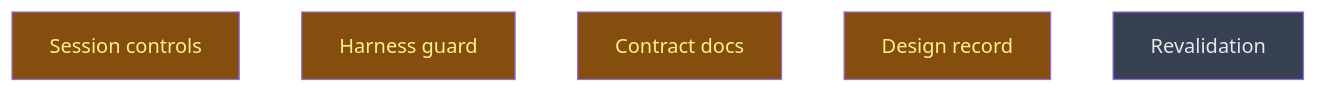
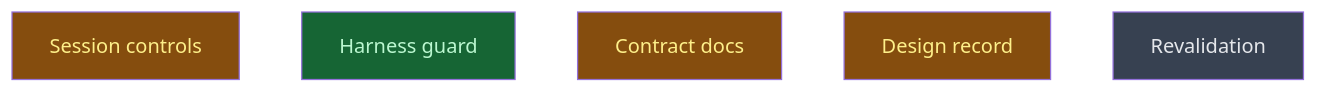
One commit to CrackingShells/Candler changed the diagram in __roadmap__/m4-session-runner/traits/core/runs/closeout/README.md. Above: the diagram before and after it, drawn with Mermaid. The commit also changed other lines of this file, not shown here.

Commit message:
rdm(repo): mark harness_guard done
The verifier's one finding (OpenCode missed) was fixed before the merge.

````diff
--- a/__roadmap__/m4-session-runner/traits/core/runs/closeout/README.md
+++ b/__roadmap__/m4-session-runner/traits/core/runs/closeout/README.md
@@ -17,13 +17,13 @@
 ```mermaid
 graph TD
     session_controls[Session controls]:::inprogress
-    harness_guard[Harness guard]:::inprogress
+    harness_guard[Harness guard]:::done
     contract_docs[Contract docs]:::inprogress
     design_record[Design record]:::inprogress
     revalidation[Revalidation]:::planned
     classDef done       fill:#166534,color:#bbf7d0
     classDef inprogress fill:#854d0e,color:#fef08a
     classDef planned    fill:#374151,color:#e5e7eb
     classDef amendment  fill:#1e3a5f,color:#bfdbfe
     classDef blocked    fill:#7f1d1d,color:#fecaca
 ```
````
